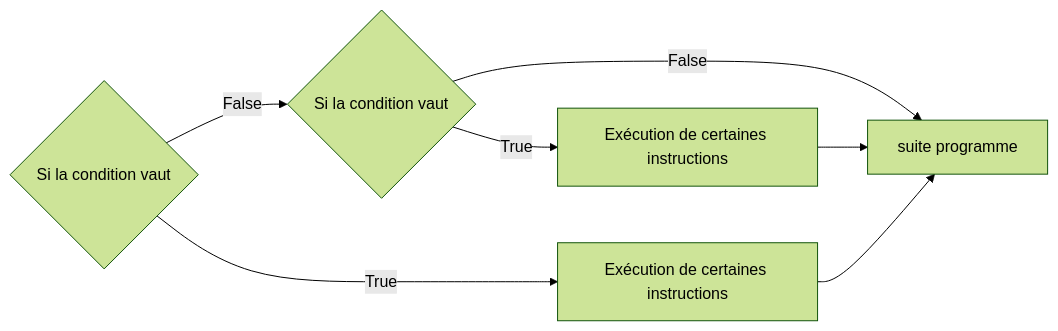
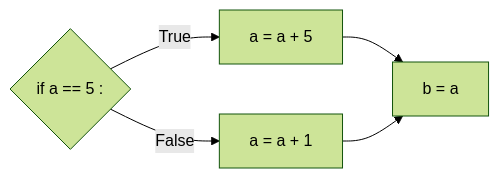
One commit to boddaert/nsi changed the eighth of 10 diagrams in première/Constructions élémentaires/Conditions.md. Above: the diagram before and after it, drawn with Mermaid (forest theme). The commit also changed other lines of this file and 1 other file, not shown here.

````diff
--- a/première/Constructions élémentaires/Conditions.md
+++ b/première/Constructions élémentaires/Conditions.md
@@ -105,10 +199,8 @@
 ```mermaid
   graph LR;
-      A{Si la condition vaut};
-      A--True-->B[Exécution de certaines instructions];
-      A--False-->C{Si la condition vaut};
-      C--True-->D[Exécution de certaines instructions];
-      C--False-->E[Suite programme];
-      D-->E[Suite programme];
-      B-->E[suite programme];
+      A{if a == 5 :};
+      A--True-->B[a = a + 5];
+      A--False-->C[a = a + 1];
+      B-->D[b = a];
+      C-->D[b = a];
 ```
````
